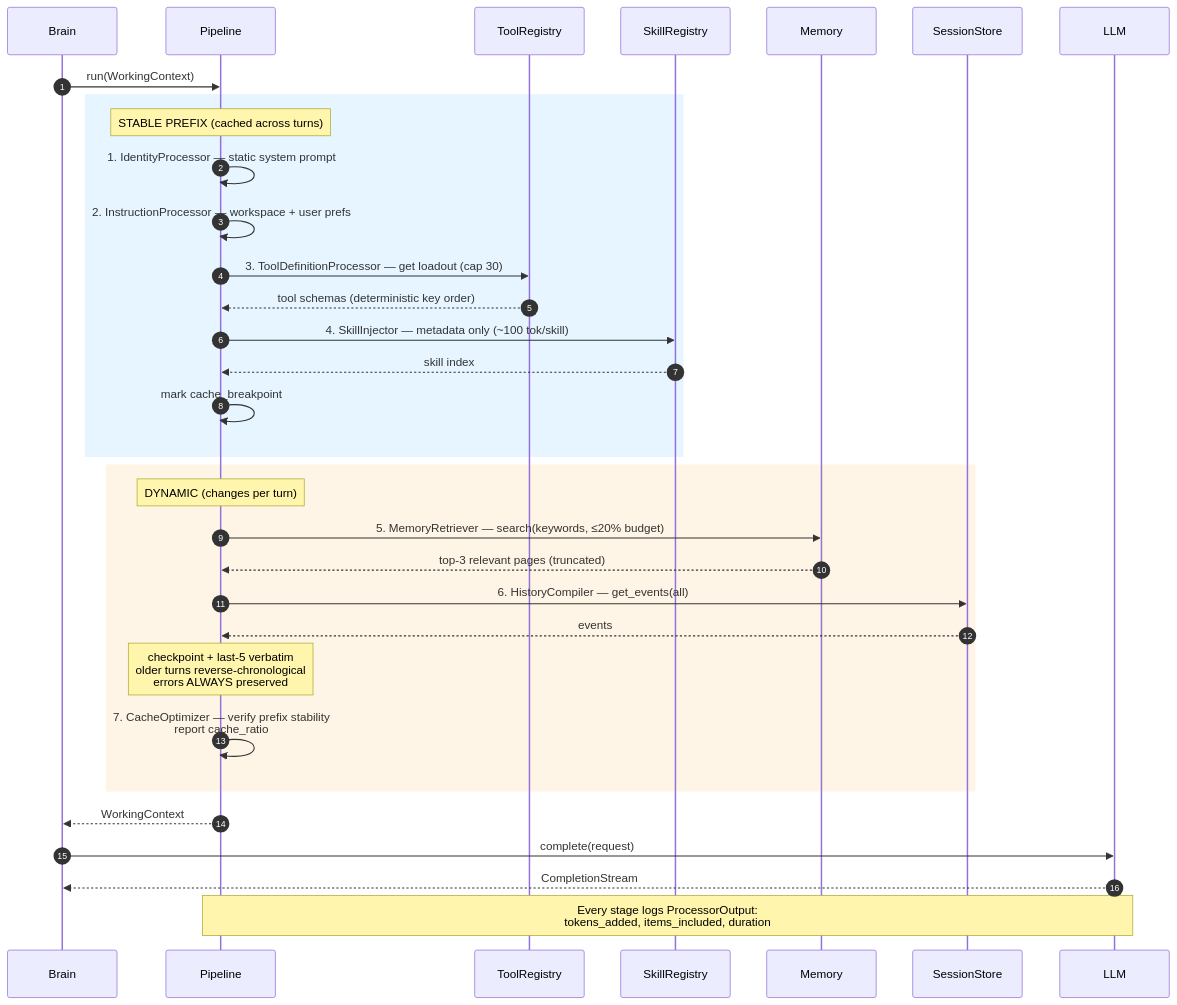
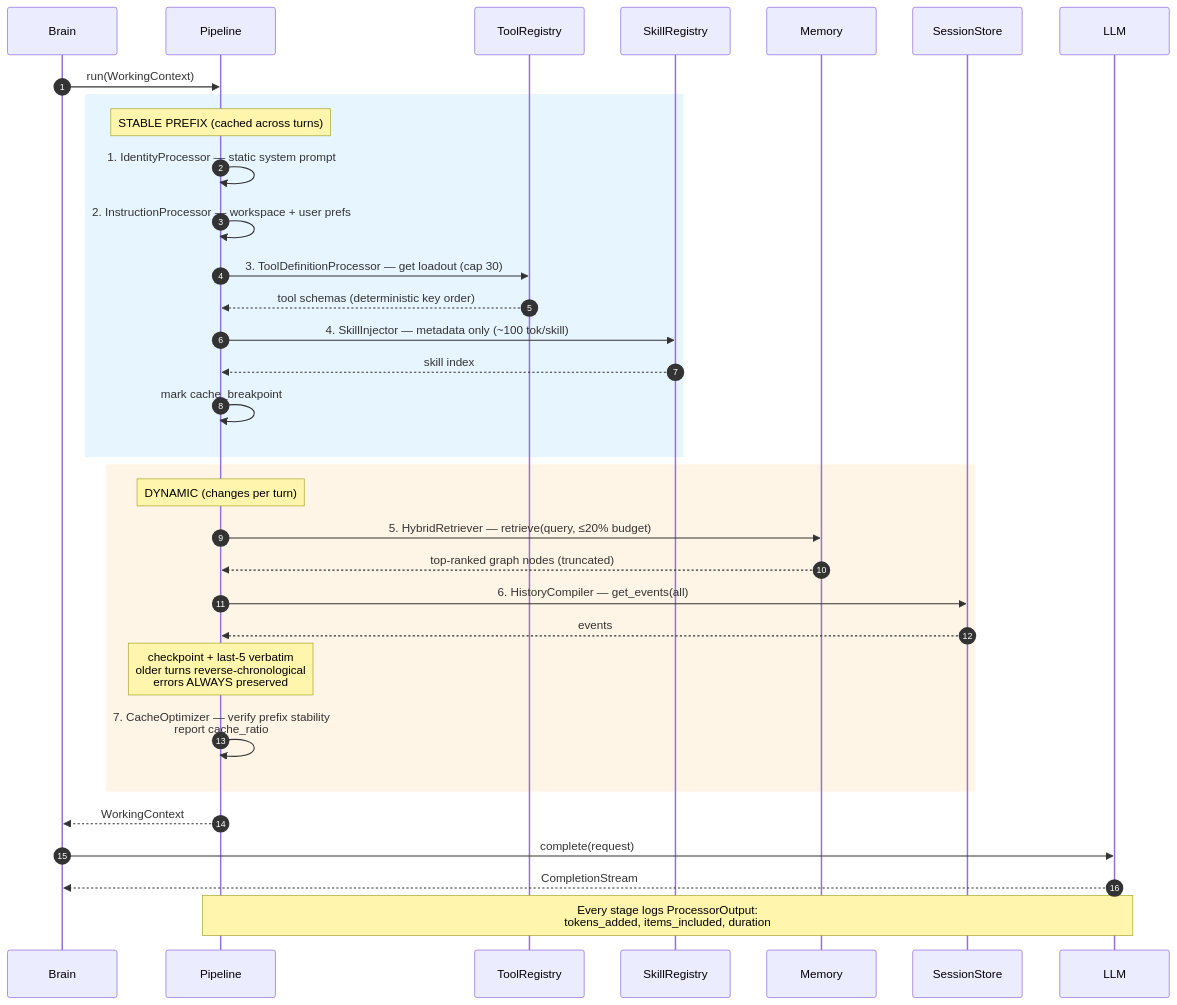
Before and after one commit to hwuiwon/moa: the third of 14 diagrams in sequence-diagrams.md, drawn with Mermaid. The commit also changed other lines of this file and 299 other files, not shown here.

````diff
--- a/sequence-diagrams.md
+++ b/sequence-diagrams.md
@@ -140,40 +140,40 @@
 ```mermaid
 sequenceDiagram
     autonumber
     participant Brain
     participant Pipe as Pipeline
     participant Tools as ToolRegistry
     participant Skills as SkillRegistry
     participant Memory
     participant Log as SessionStore
     participant LLM
 
     Brain->>Pipe: run(WorkingContext)
 
     rect rgb(230, 245, 255)
         Note over Pipe: STABLE PREFIX (cached across turns)
         Pipe->>Pipe: 1. IdentityProcessor — static system prompt
         Pipe->>Pipe: 2. InstructionProcessor — workspace + user prefs
         Pipe->>Tools: 3. ToolDefinitionProcessor — get loadout (cap 30)
         Tools-->>Pipe: tool schemas (deterministic key order)
         Pipe->>Skills: 4. SkillInjector — metadata only (~100 tok/skill)
         Skills-->>Pipe: skill index
         Pipe->>Pipe: mark cache_breakpoint
     end
 
     rect rgb(255, 245, 230)
         Note over Pipe: DYNAMIC (changes per turn)
-        Pipe->>Memory: 5. MemoryRetriever — search(keywords, ≤20% budget)
-        Memory-->>Pipe: top-3 relevant pages (truncated)
+        Pipe->>Memory: 5. HybridRetriever — retrieve(query, ≤20% budget)
+        Memory-->>Pipe: top-ranked graph nodes (truncated)
         Pipe->>Log: 6. HistoryCompiler — get_events(all)
         Log-->>Pipe: events
         Note over Pipe: checkpoint + last-5 verbatim<br/>older turns reverse-chronological<br/>errors ALWAYS preserved
         Pipe->>Pipe: 7. CacheOptimizer — verify prefix stability<br/>report cache_ratio
     end
 
     Pipe-->>Brain: WorkingContext
     Brain->>LLM: complete(request)
     LLM-->>Brain: CompletionStream
 
     Note over Pipe,LLM: Every stage logs ProcessorOutput:<br/>tokens_added, items_included, duration
 ```
````
